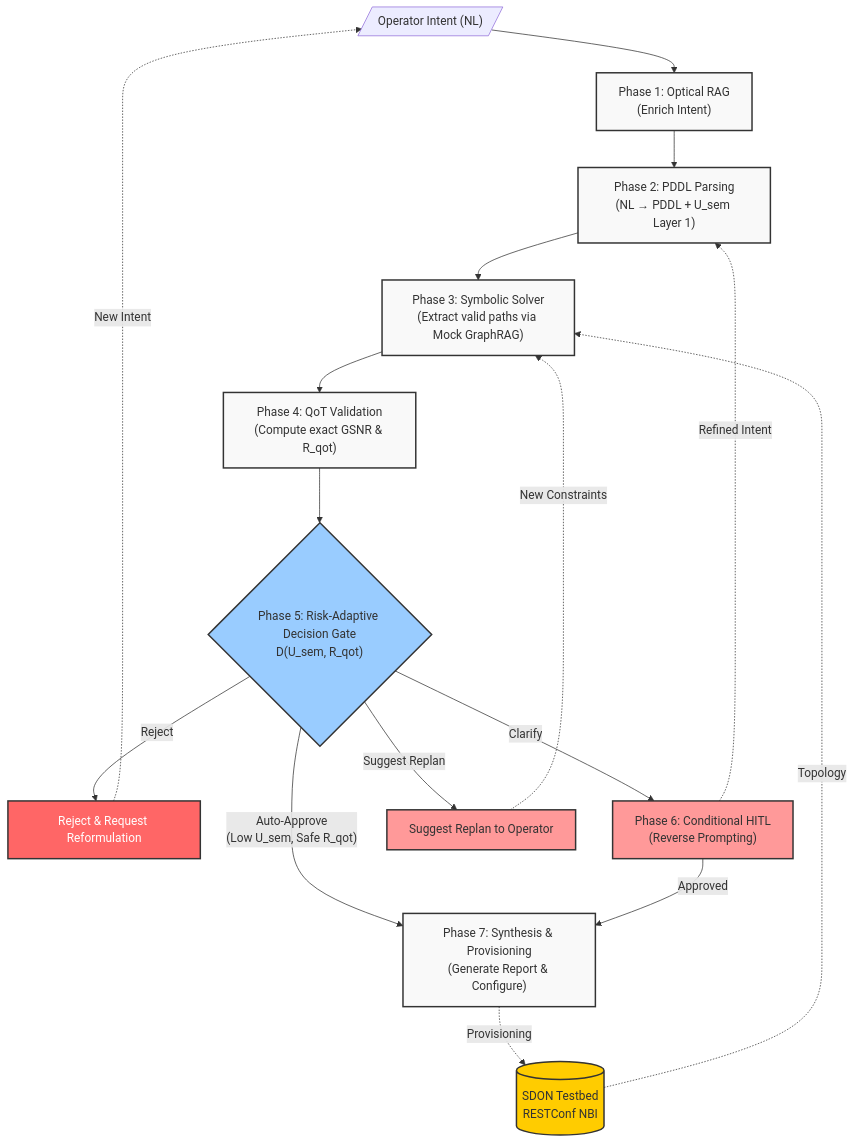
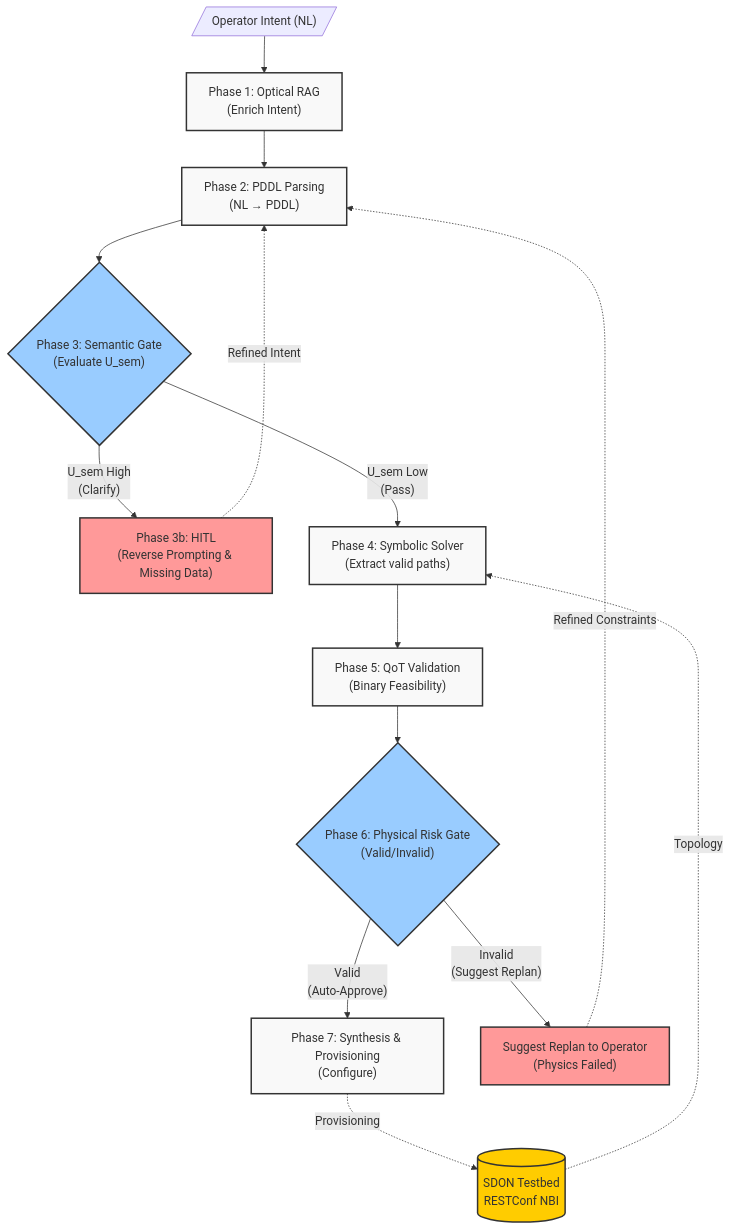
One commit to ABADIAb/MultiAgent-ON changed the diagram in docs/LLM_Wiki/wiki/architecture/Architecture_v5.md. Above: the diagram before and after it, drawn with Mermaid. The commit also changed other lines of this file and 7 other files, not shown here.

Commit message:
docs(wiki): update Architecture V5 to Fail-Fast Semantic Gate and Binary QoT

````diff
--- a/docs/LLM_Wiki/wiki/architecture/Architecture_v5.md
+++ b/docs/LLM_Wiki/wiki/architecture/Architecture_v5.md
@@ -33,47 +33,39 @@
 ```mermaid
 flowchart TD
     %% Styling
     classDef phase fill:#f9f9f9,stroke:#333,stroke-width:2px
     classDef decision fill:#99ccff,stroke:#333,stroke-width:2px
     classDef hitl fill:#ff9999,stroke:#333,stroke-width:2px
     classDef testbed fill:#ffcc00,stroke:#333,stroke-width:2px
     classDef reject fill:#ff6666,stroke:#333,stroke-width:2px,color:#fff
 
     UserIntent[/"Operator Intent (NL)"/] --> Phase1
      
-    %% Columna Principal (Secuencial)
     Phase1["Phase 1: Optical RAG<br/>(Enrich Intent)"]:::phase
-    Phase2["Phase 2: PDDL Parsing<br/>(NL → PDDL + U_sem Layer 1)"]:::phase
-    Phase3["Phase 3: Symbolic Solver<br/>(Extract valid paths via Mock GraphRAG)"]:::phase
-    Phase4["Phase 4: QoT Validation<br/>(Compute exact GSNR & R_qot)"]:::phase
-    Phase5{"Phase 5: Risk-Adaptive Decision Gate<br/>D(U_sem, R_qot)"}:::decision
-    Phase7["Phase 7: Synthesis & Provisioning<br/>(Generate Report & Configure)"]:::phase
+    Phase2["Phase 2: PDDL Parsing<br/>(NL → PDDL)"]:::phase
+    Phase3{"Phase 3: Semantic Gate<br/>(Evaluate U_sem)"}:::decision
+    Phase3b["Phase 3b: HITL<br/>(Reverse Prompting & Missing Data)"]:::hitl
+    Phase4["Phase 4: Symbolic Solver<br/>(Extract valid paths)"]:::phase
+    Phase5["Phase 5: QoT Validation<br/>(Binary Feasibility)"]:::phase
+    Phase6{"Phase 6: Physical Risk Gate<br/>(Valid/Invalid)"}:::decision
+    Phase7["Phase 7: Synthesis & Provisioning<br/>(Configure)"]:::phase
     
-    %% Conexiones principales
+    Replan["Suggest Replan to Operator<br/>(Physics Failed)"]:::hitl
+    
     Phase1 --> Phase2
     Phase2 --> Phase3
-    Phase3 --> Phase4
+    Phase3 -->|"U_sem High<br/>(Clarify)"| Phase3b
+    Phase3b -.->|"Refined Intent"| Phase2
+    Phase3 -->|"U_sem Low<br/>(Pass)"| Phase4
     Phase4 --> Phase5
-    Phase5 -->|"Auto-Approve<br/>(Low U_sem, Safe R_qot)"| Phase7
+    Phase5 --> Phase6
     
-    %% Desvíos Laterales (Izquierda: Rechazos | Derecha: HITL/Replanning)
-    Reject["Reject & Request Reformulation"]:::reject
-    Phase6["Phase 6: Conditional HITL<br/>(Reverse Prompting)"]:::hitl
-    Replan["Suggest Replan to Operator"]:::hitl
-    
-    %% Salidas desde Phase 5
-    Phase5 -->|"Reject"| Reject
-    Phase5 -->|"Clarify"| Phase6
-    Phase5 -->|"Suggest Replan"| Replan
+    Phase6 -->|"Valid<br/>(Auto-Approve)"| Phase7
+    Phase6 -->|"Invalid<br/>(Suggest Replan)"| Replan
 
-    %% Retornos externos (Fuera del flujo lineal para no entrecruzarse)
-    Reject -.->|"New Intent"| UserIntent
-    Replan -.->|"New Constraints"| Phase3
-    Phase6 -.->|"Refined Intent"| Phase2
-    Phase6 -->|"Approved"| Phase7
+    Replan -.->|"Refined Constraints"| Phase2
 
-    %% Testbed
     Testbed[("SDON Testbed<br/>RESTConf NBI")]:::testbed
     Phase7 -.->|"Provisioning"| Testbed
-    Testbed -.->|"Topology"| Phase3
+    Testbed -.->|"Topology"| Phase4
 ```
````
